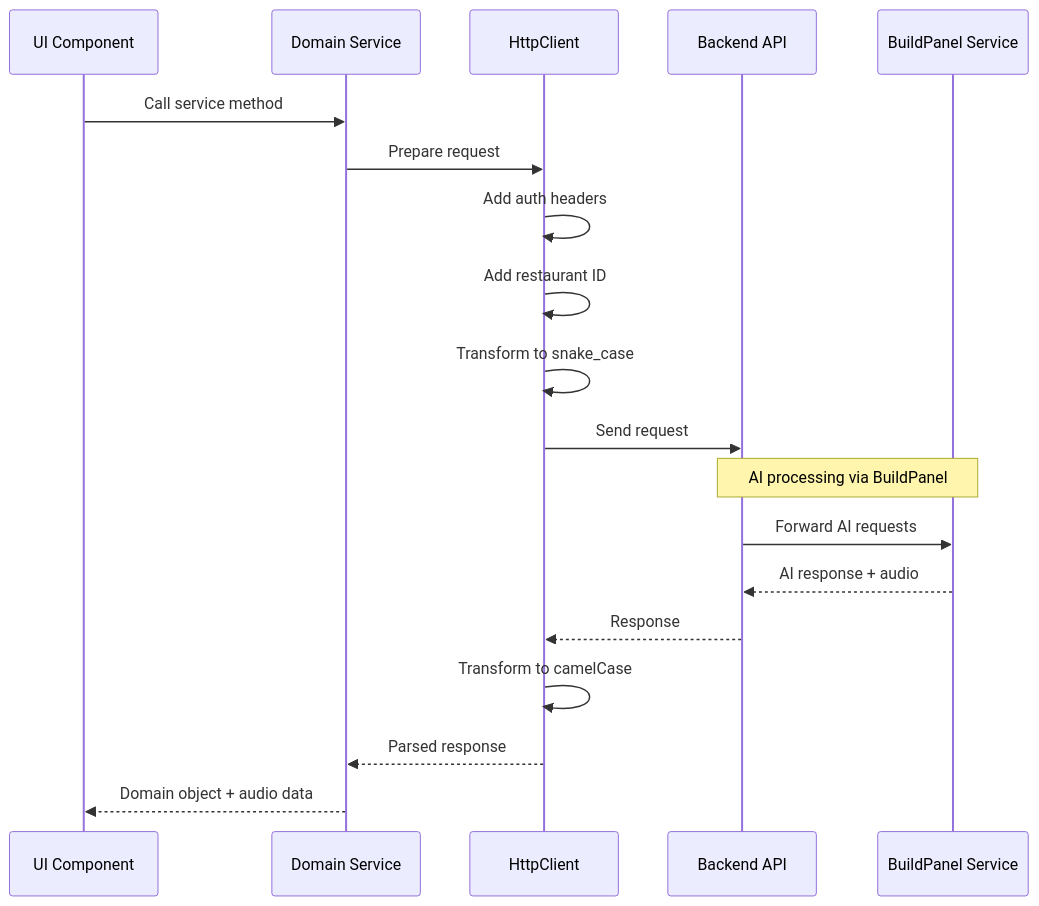
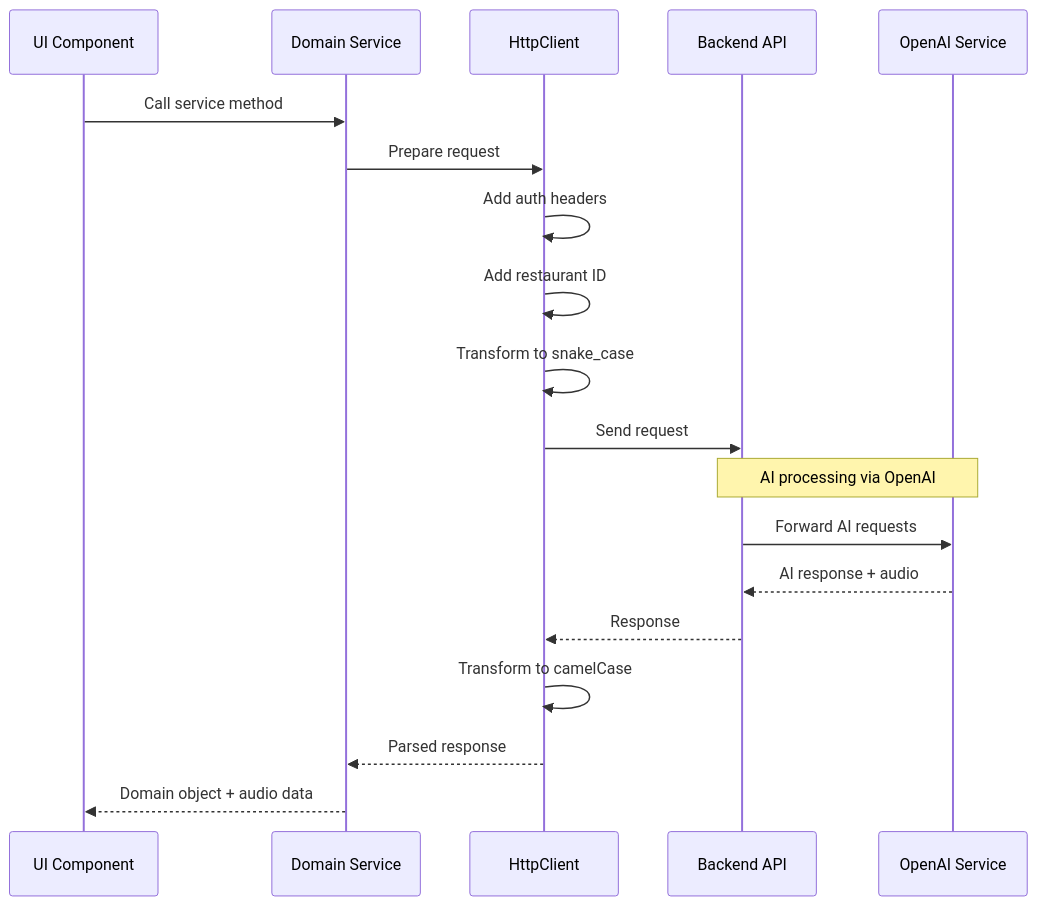
Before and after one commit to mikeyoung304/July25: the third of 6 diagrams in docs/FRONTEND_ARCHITECTURE.md, drawn with Mermaid. The commit also changed other lines of this file and 30 other files, not shown here.

Commit message:
chore: remove all BuildPanel references; replace with OpenAI; add CI guards

````diff
--- a/docs/FRONTEND_ARCHITECTURE.md
+++ b/docs/FRONTEND_ARCHITECTURE.md
@@ -139,24 +139,24 @@
 ```mermaid
 sequenceDiagram
     participant UI as UI Component
     participant Service as Domain Service
     participant HTTP as HttpClient
     participant API as Backend API
-    participant BP as BuildPanel Service
+    participant BP as OpenAI Service
     
     UI->>Service: Call service method
     Service->>HTTP: Prepare request
     HTTP->>HTTP: Add auth headers
     HTTP->>HTTP: Add restaurant ID
     HTTP->>HTTP: Transform to snake_case
     HTTP->>API: Send request
     
-    Note over API,BP: AI processing via BuildPanel
+    Note over API,BP: AI processing via OpenAI
     API->>BP: Forward AI requests
     BP-->>API: AI response + audio
     
     API-->>HTTP: Response
     HTTP->>HTTP: Transform to camelCase
     HTTP-->>Service: Parsed response
     Service-->>UI: Domain object + audio data
 ```
````
